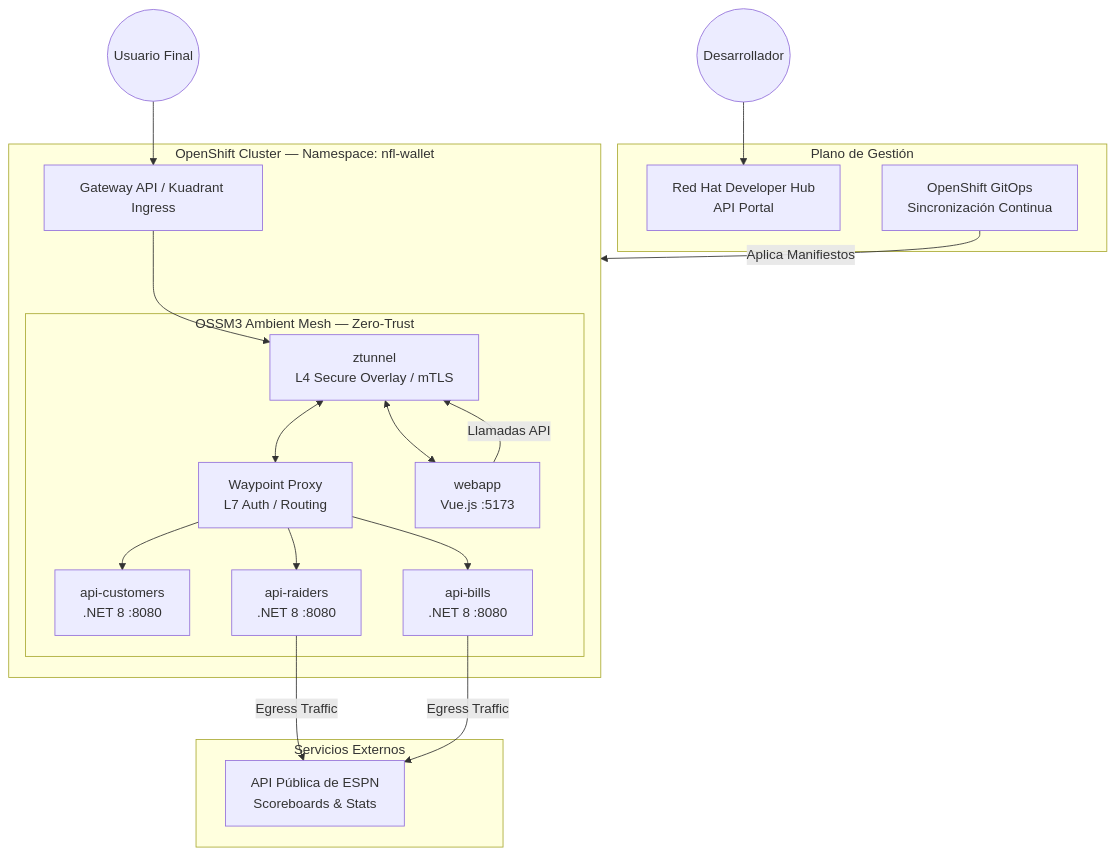
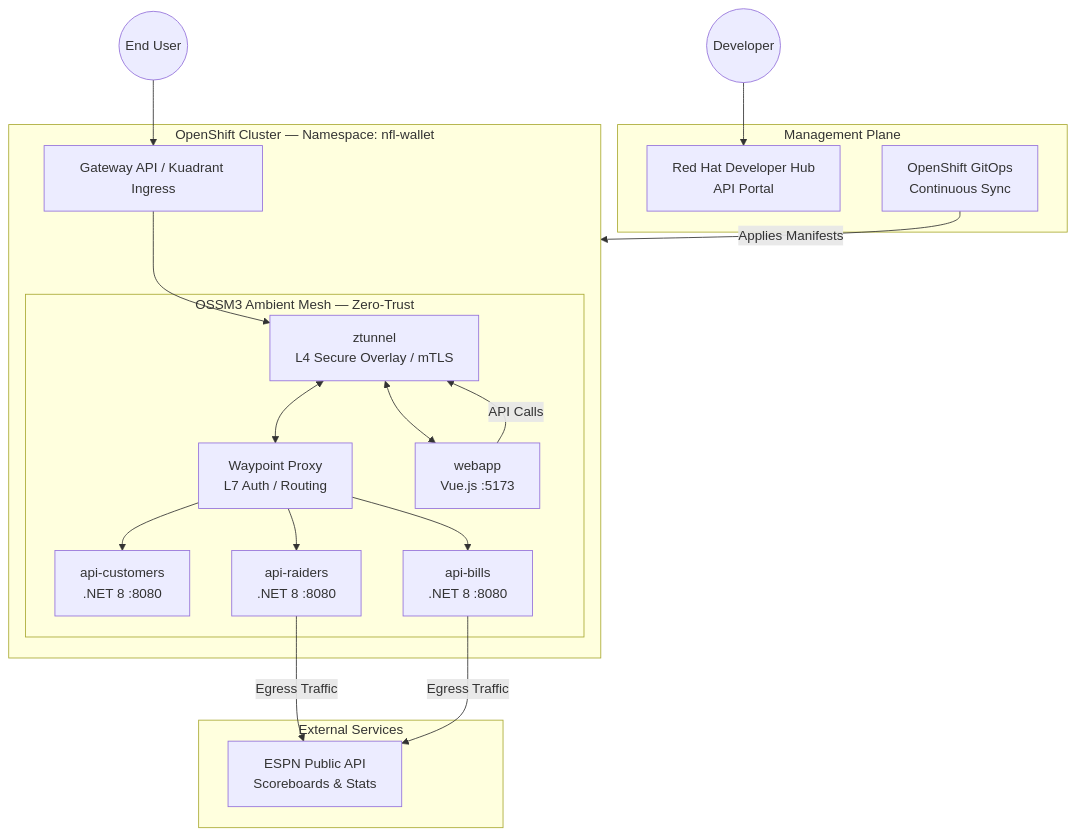
Before and after one commit to maximilianoPizarro/stadium-wallet: the first of 4 diagrams in docs/index.md, drawn with Mermaid. The commit also changed other lines of this file and 11 other files, not shown here.

````diff
--- a/docs/index.md
+++ b/docs/index.md
@@ -123,39 +123,39 @@
 ```mermaid
 graph TD
-    subgraph Plano_de_Gestión["Plano de Gestión"]
+    subgraph Management_Plane["Management Plane"]
         DevHub["Red Hat Developer Hub<br/>API Portal"]
-        Argo["OpenShift GitOps<br/>Sincronización Continua"]
+        Argo["OpenShift GitOps<br/>Continuous Sync"]
     end
 
     subgraph Cluster["OpenShift Cluster — Namespace: nfl-wallet"]
         GW["Gateway API / Kuadrant Ingress"]
 
         subgraph Mesh["OSSM3 Ambient Mesh — Zero-Trust"]
             Z["ztunnel<br/>L4 Secure Overlay / mTLS"]
             WP["Waypoint Proxy<br/>L7 Auth / Routing"]
             UI["webapp<br/>Vue.js :5173"]
             CAPI["api-customers<br/>.NET 8 :8080"]
             BAPI["api-bills<br/>.NET 8 :8080"]
             RAPI["api-raiders<br/>.NET 8 :8080"]
         end
     end
 
-    subgraph Externos["Servicios Externos"]
-        ESPN["API Pública de ESPN<br/>Scoreboards & Stats"]
+    subgraph External["External Services"]
+        ESPN["ESPN Public API<br/>Scoreboards & Stats"]
     end
 
-    User((Usuario Final)) --> GW
-    Dev((Desarrollador)) --> DevHub
-    Argo -- "Aplica Manifiestos" --> Cluster
+    User((End User)) --> GW
+    Dev((Developer)) --> DevHub
+    Argo -- "Applies Manifests" --> Cluster
 
     GW --> Z
     Z <--> UI
-    UI -- "Llamadas API" --> Z
+    UI -- "API Calls" --> Z
     Z <--> WP
     WP --> CAPI
     WP --> BAPI
     WP --> RAPI
 
     RAPI -- "Egress Traffic" --> ESPN
     BAPI -- "Egress Traffic" --> ESPN
 ```
````
